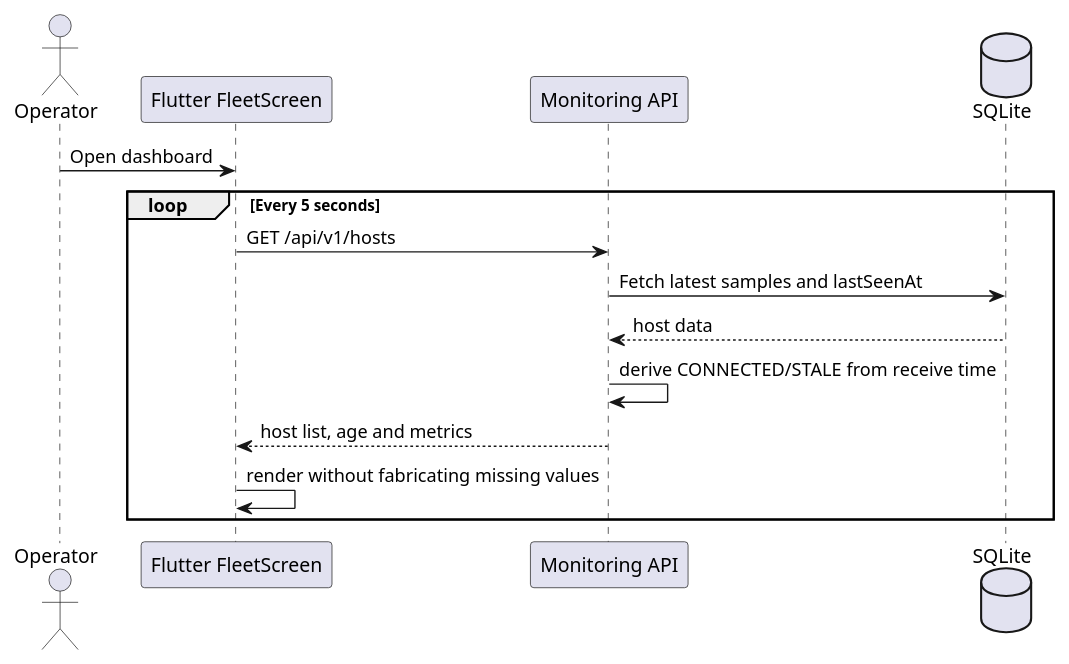
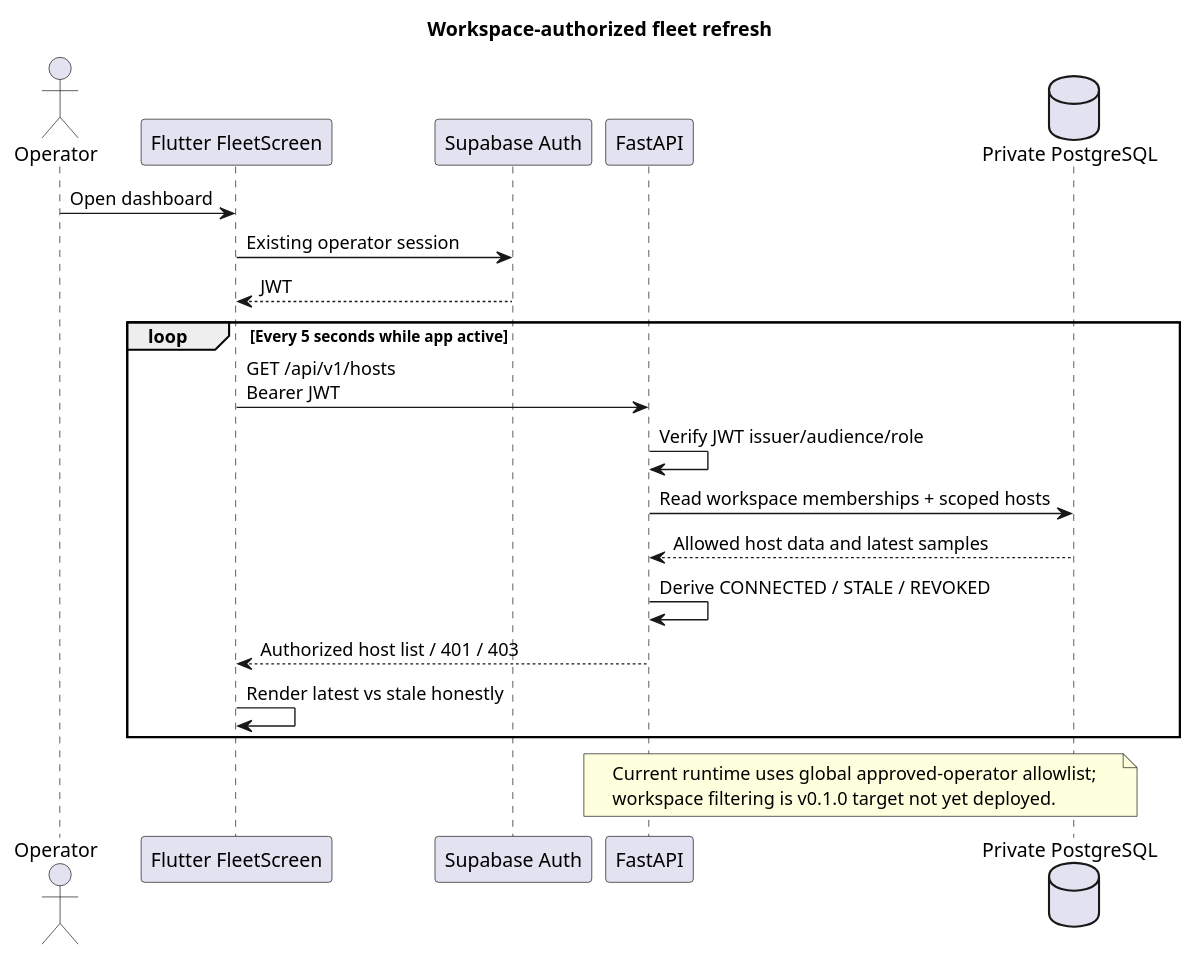
The diagram in docs/uml/plantuml/22_seq_fleet_refresh.puml (Adam-BArbia/fleetluma), drawn with PlantUML before and after one commit. The commit also changed 39 other files, not shown here.

First line of the commit message:
docs(FL-31): finalize plug-and-play Windows/Linux pairing architecture (#31)

```diff
--- a/docs/uml/plantuml/22_seq_fleet_refresh.puml
+++ b/docs/uml/plantuml/22_seq_fleet_refresh.puml
@@ -1,15 +1,24 @@
 @startuml 22_seq_fleet_refresh
+title Workspace-authorized fleet refresh
 actor Operator
 participant "Flutter FleetScreen" as UI
-participant "Monitoring API" as API
-database SQLite as DB
+participant "Supabase Auth" as Auth
+participant "FastAPI" as API
+database "Private PostgreSQL" as DB
 Operator -> UI : Open dashboard
-loop Every 5 seconds
- UI -> API : GET /api/v1/hosts
- API -> DB : Fetch latest samples and lastSeenAt
- DB --> API : host data
- API -> API : derive CONNECTED/STALE from receive time
- API --> UI : host list, age and metrics
- UI -> UI : render without fabricating missing values
+UI -> Auth : Existing operator session
+Auth --> UI : JWT
+loop Every 5 seconds while app active
+ UI -> API : GET /api/v1/hosts\nBearer JWT
+ API -> API : Verify JWT issuer/audience/role
+ API -> DB : Read workspace memberships + scoped hosts
+ DB --> API : Allowed host data and latest samples
+ API -> API : Derive CONNECTED / STALE / REVOKED
+ API --> UI : Authorized host list / 401 / 403
+ UI -> UI : Render latest vs stale honestly
 end
+note over API,DB
+ Current runtime uses global approved-operator allowlist;
+ workspace filtering is v0.1.0 target not yet deployed.
+end note
 @enduml
```
